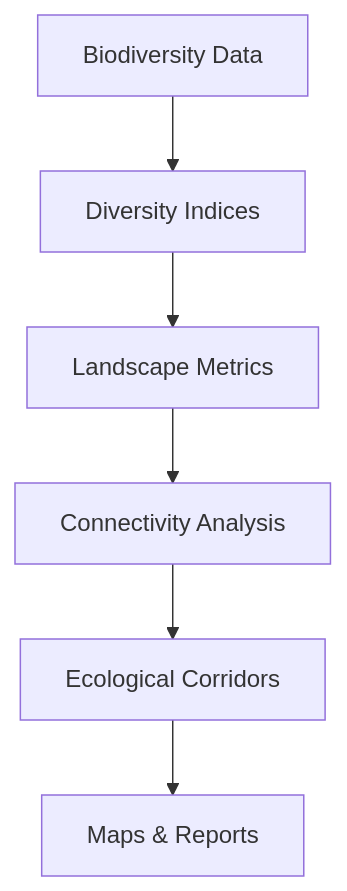
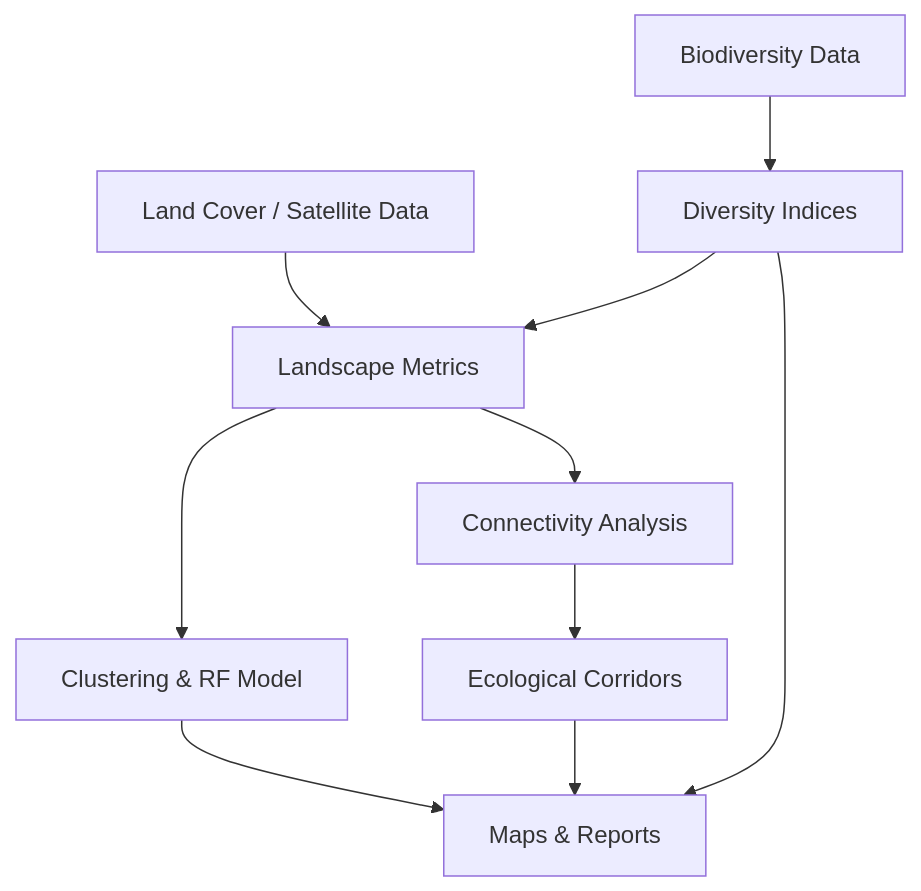
The diagram in README.md (israeabm-dev/agrobiodivR), drawn with Mermaid before and after one commit. The commit also changed other lines of this file, not shown here.

````diff
--- a/README.md
+++ b/README.md
@@ -27,8 +29,12 @@
 ```mermaid
 flowchart TD
 A[Biodiversity Data] --> B[Diversity Indices]
-B --> C[Landscape Metrics]
+A2[Land Cover / Satellite Data] --> C[Landscape Metrics]
+B --> C
 C --> D[Connectivity Analysis]
 D --> E[Ecological Corridors]
-E --> F[Maps & Reports]
+C --> G[Clustering & RF Model]
+G --> F[Maps & Reports]
+E --> F
+B --> F[Maps & Reports]
 ```
````
